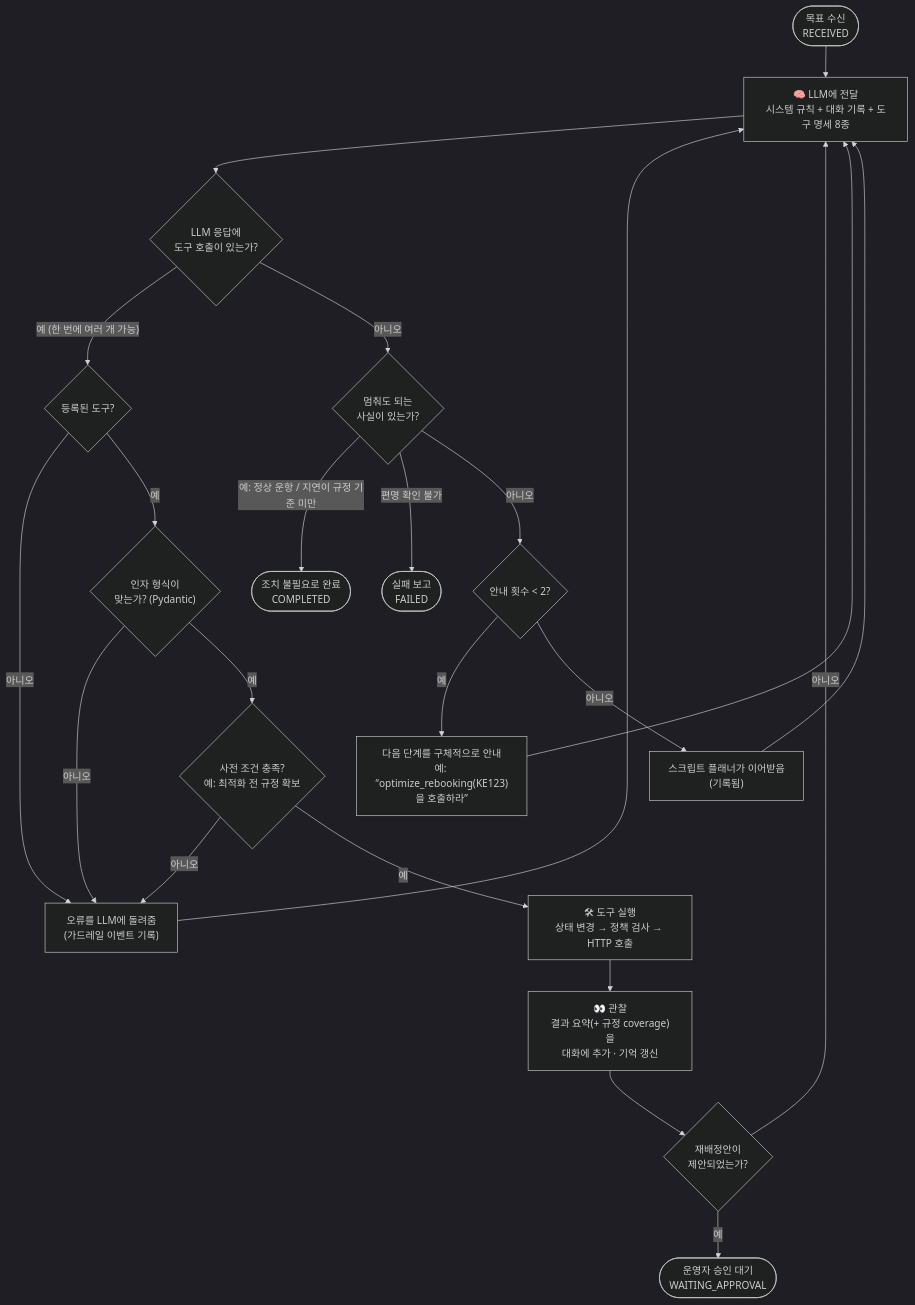
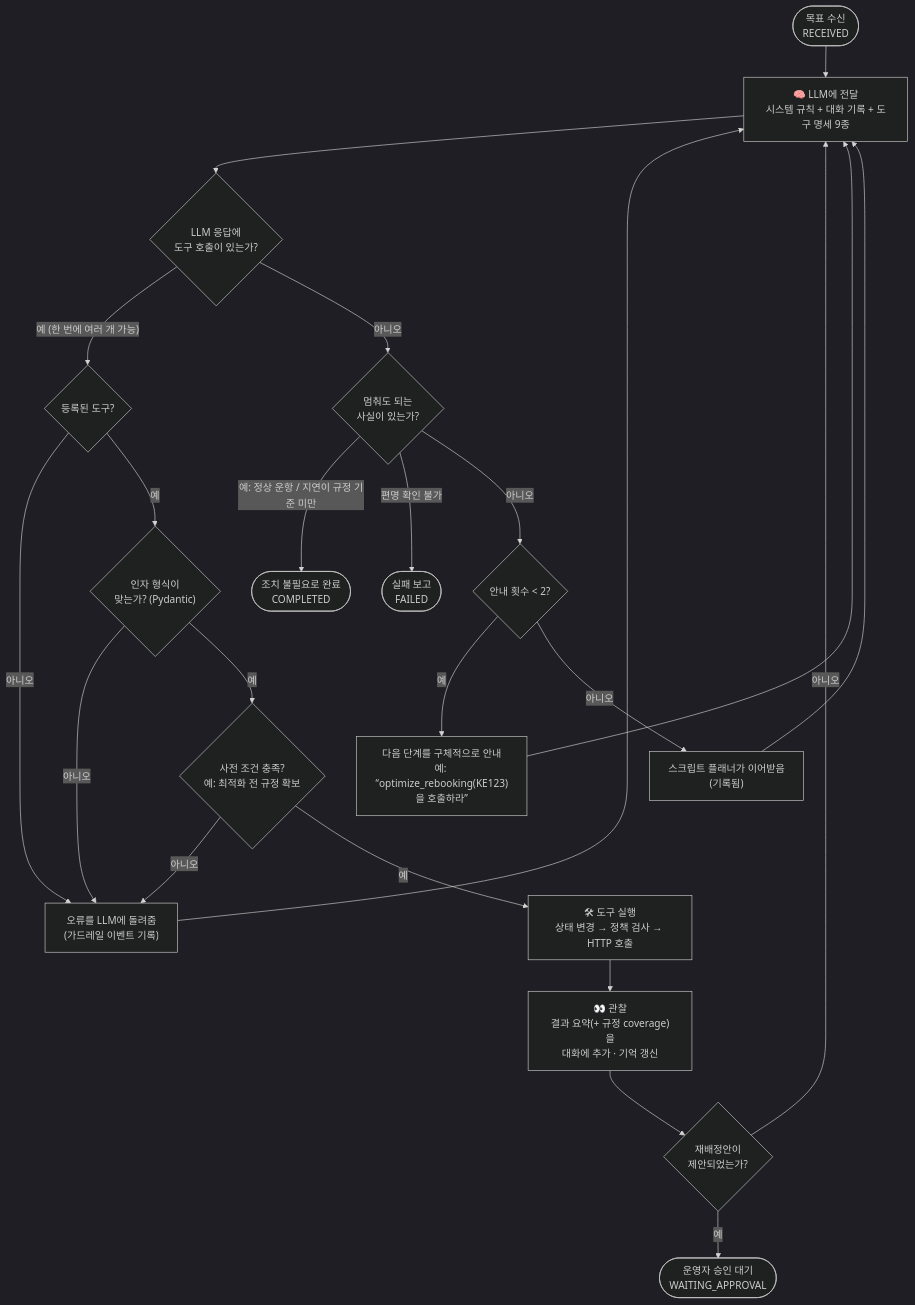
Before and after one commit to hyunolike/reroute-irops-agent: the second of 9 diagrams in docs/agent.md, drawn with Mermaid (dark theme). The commit also changed other lines of this file and 3 other files, not shown here.

````diff
--- a/docs/agent.md
+++ b/docs/agent.md
@@ -68,26 +72,26 @@
 ```mermaid
 flowchart TD
     start(["목표 수신<br/>RECEIVED"]) --> think
 
-    think["🧠 LLM에 전달<br/>시스템 규칙 + 대화 기록 + 도구 명세 8종"] --> resp{"LLM 응답에<br/>도구 호출이 있는가?"}
+    think["🧠 LLM에 전달<br/>시스템 규칙 + 대화 기록 + 도구 명세 9종"] --> resp{"LLM 응답에<br/>도구 호출이 있는가?"}
 
     resp -- "예 (한 번에 여러 개 가능)" --> v1{"등록된 도구?"}
     v1 -- 아니오 --> err["오류를 LLM에 돌려줌<br/>(가드레일 이벤트 기록)"]
     v1 -- 예 --> v2{"인자 형식이<br/>맞는가? (Pydantic)"}
     v2 -- 아니오 --> err
     v2 -- 예 --> v3{"사전 조건 충족?<br/>예: 최적화 전 규정 확보"}
     v3 -- 아니오 --> err
     v3 -- 예 --> act["🛠 도구 실행<br/>상태 변경 → 정책 검사 → HTTP 호출"]
     act --> obs["👀 관찰<br/>결과 요약(+ 규정 coverage)을<br/>대화에 추가 · 기억 갱신"]
     err --> think
     obs --> done{"재배정안이<br/>제안되었는가?"}
     done -- 아니오 --> think
     done -- 예 --> wait(["운영자 승인 대기<br/>WAITING_APPROVAL"])
 
     resp -- 아니오 --> stop{"멈춰도 되는<br/>사실이 있는가?"}
     stop -- "예: 정상 운항 / 지연이 규정 기준 미만" --> noact(["조치 불필요로 완료<br/>COMPLETED"])
     stop -- "편명 확인 불가" --> fail(["실패 보고<br/>FAILED"])
     stop -- 아니오 --> nudge{"안내 횟수 < 2?"}
     nudge -- 예 --> hint["다음 단계를 구체적으로 안내<br/>예: “optimize_rebooking(KE123)을 호출하라”"] --> think
     nudge -- 아니오 --> takeover["스크립트 플래너가 이어받음<br/>(기록됨)"] --> think
 ```
````
